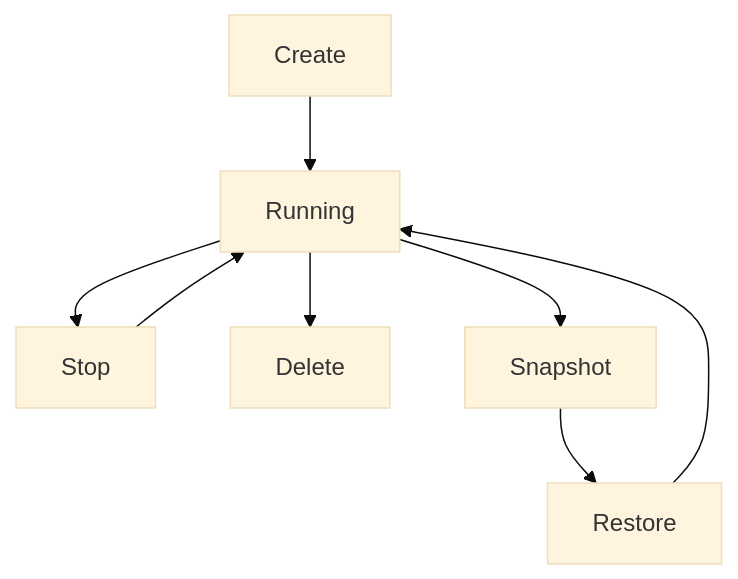
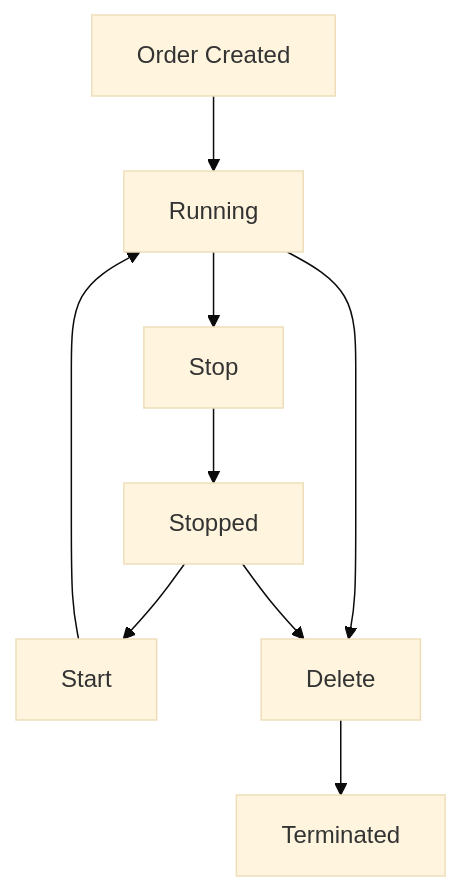
The diagram in managing-instances.mdx (kalinin-egor/documentationai-Docs), drawn with Mermaid (base theme) before and after one commit. The commit also changed other lines of this file and 12 other files, not shown here.

````diff
--- a/managing-instances.mdx
+++ b/managing-instances.mdx
@@ -135,10 +155,11 @@
 ```mermaid
 graph TD
-    A[Create] --> B[Running]
+    A[Order Created] --> B[Running]
     B --> C[Stop]
-    C --> B
-    B --> D[Delete]
-    B --> E[Snapshot]
-    E --> F[Restore]
-    F --> B
+    C --> D[Stopped]
+    D --> E[Start]
+    E --> B
+    B --> F[Delete]
+    D --> F
+    F --> G[Terminated]
 ```
````
